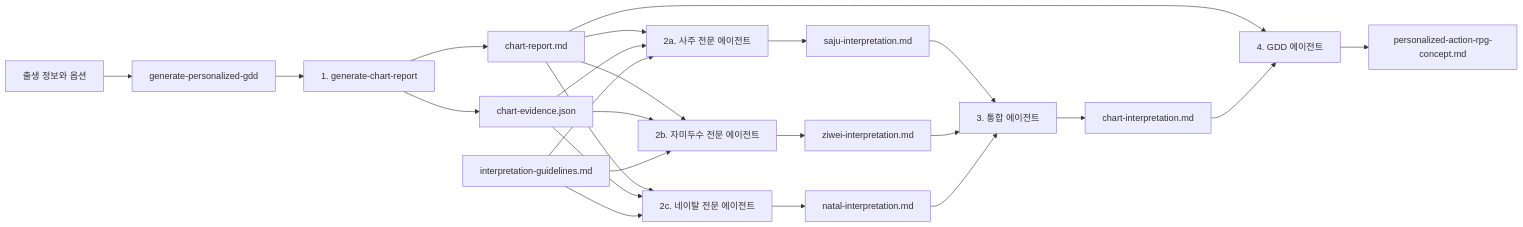
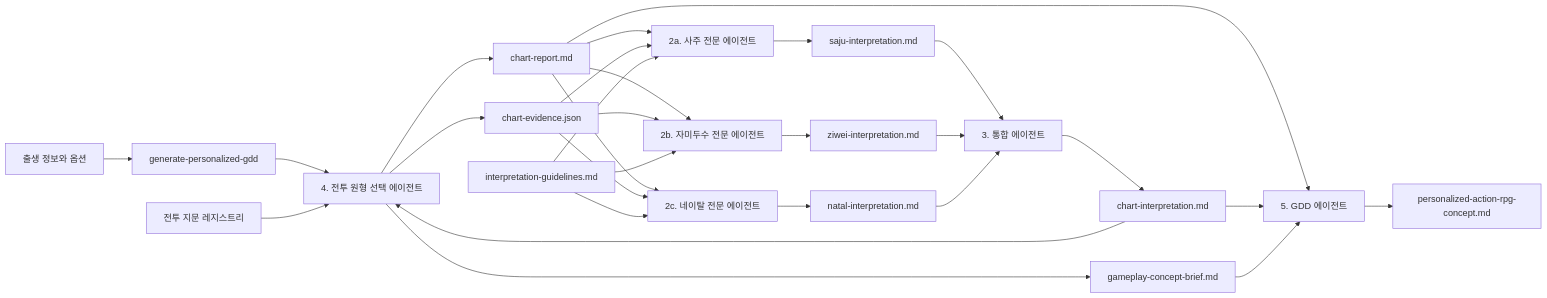
One commit to arch-spatula/isekai-generator changed the diagram in docs/GDD/personalized-gdd-pipeline.md. Above: the diagram before and after it, drawn with Mermaid. The commit also changed other lines of this file and 21 other files, not shown here.

````diff
--- a/docs/GDD/personalized-gdd-pipeline.md
+++ b/docs/GDD/personalized-gdd-pipeline.md
@@ -9,26 +9,30 @@
 ```mermaid
 flowchart LR
     U[출생 정보와 옵션] --> O[generate-personalized-gdd]
     O --> C[1. generate-chart-report]
     C --> R[chart-report.md]
     C --> E[chart-evidence.json]
     R --> S[2a. 사주 전문 에이전트]
     R --> Z[2b. 자미두수 전문 에이전트]
     R --> N[2c. 네이탈 전문 에이전트]
     E --> S
     E --> Z
     E --> N
     G[interpretation-guidelines.md] --> S
     G --> Z
     G --> N
     S --> SM[saju-interpretation.md]
     Z --> ZM[ziwei-interpretation.md]
     N --> NM[natal-interpretation.md]
     SM --> I[3. 통합 에이전트]
     ZM --> I
     NM --> I
     I --> X[chart-interpretation.md]
-    R --> D[4. GDD 에이전트]
+    X --> C[4. 전투 원형 선택 에이전트]
+    F[전투 지문 레지스트리] --> C
+    C --> B[gameplay-concept-brief.md]
+    R --> D[5. GDD 에이전트]
     X --> D
+    B --> D
     D --> P[personalized-action-rpg-concept.md]
 ```
````
